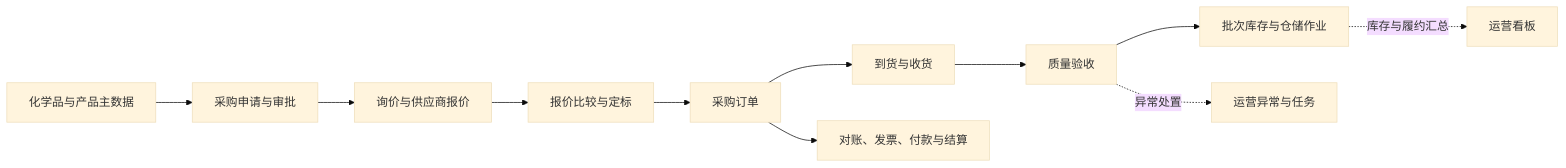
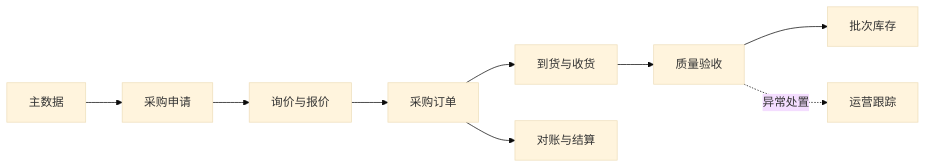
Before and after one commit to jialexiao341-glitch/chemical-ops: the first of 2 diagrams in README.md, drawn with Mermaid (base theme). The commit also changed other lines of this file, not shown here.

````diff
--- a/README.md
+++ b/README.md
@@ -76,13 +70,11 @@
 ```mermaid
 flowchart LR
-  A[化学品与产品主数据] --> B[采购申请与审批]
-  B --> C[询价与供应商报价]
-  C --> D[报价比较与定标]
-  D --> E[采购订单]
-  E --> F[到货与收货]
-  F --> G[质量验收]
-  G --> H[批次库存与仓储作业]
-  E --> I[对账、发票、付款与结算]
-  G -.异常处置.-> J[运营异常与任务]
-  H -.库存与履约汇总.-> K[运营看板]
+  A[主数据] --> B[采购申请]
+  B --> C[询价与报价]
+  C --> D[采购订单]
+  D --> E[到货与收货]
+  E --> F[质量验收]
+  F --> G[批次库存]
+  D --> H[对账与结算]
+  F -.异常处置.-> I[运营跟踪]
 ```
````
